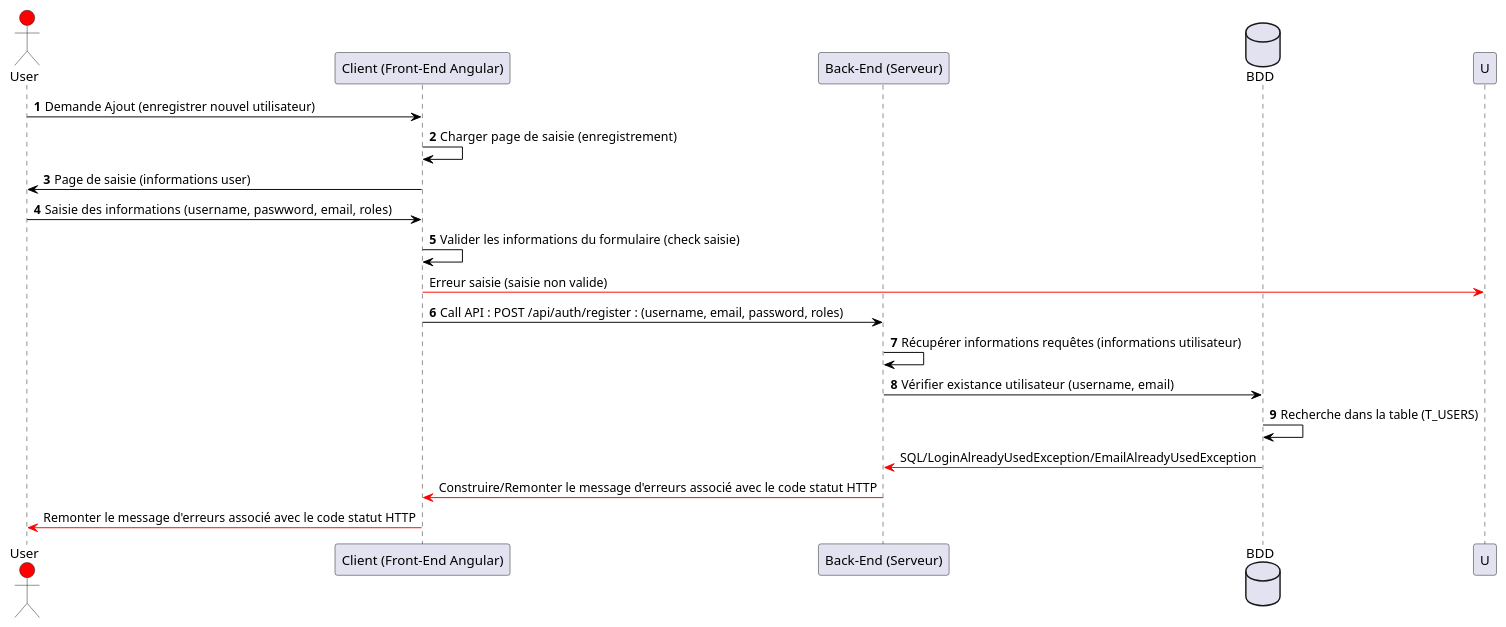
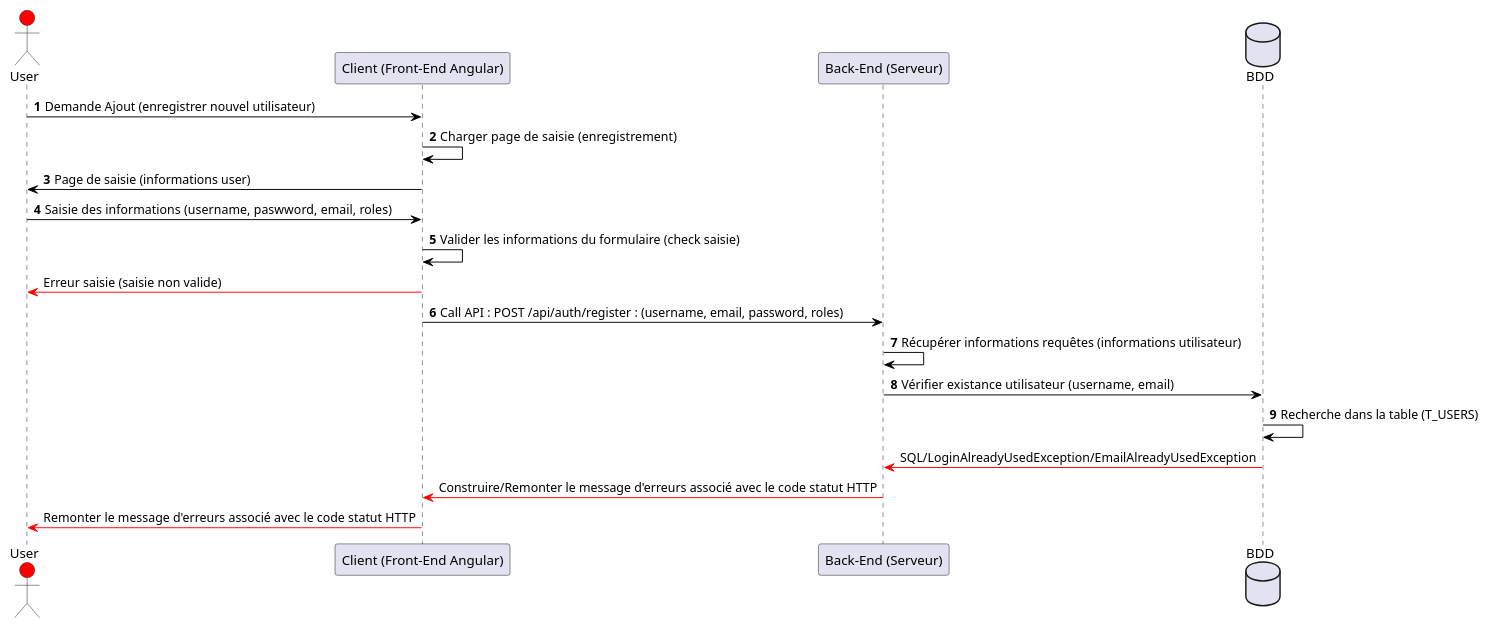
One commit to Corey-Peyton/jwt-auth-web-api-sandbox changed the first of 2 diagrams in README.md. Above: the diagram before and after it, drawn with PlantUML.

Commit message:
plantUML

````diff
--- a/README.md
+++ b/README.md
@@ -104,33 +104,30 @@
 ```plantuml
 @startuml
 ' Déclaration des participants
 actor User #red 
 participant "Client (Front-End Angular)" as A
 participant "Back-End (Serveur)" as S
 database BDD as B
 
 ' Déclaration des enchainements de séquences de traitements
 autonumber
 User -[#black]> A : Demande Ajout (enregistrer nouvel utilisateur)
 A -[#black]> A : Charger page de saisie  (enregistrement)
 A -[#black]> User : Page de saisie (informations user)
 User -[#black]> A : Saisie des informations  (username, paswword, email, roles)
 A -[#black]> A : Valider les informations du formulaire (check saisie)
 autonumber stop
-A -[#red]> U : Erreur saisie (saisie non valide)
+A -[#red]> User  : Erreur saisie (saisie non valide)
 
 autonumber 6
 A -[#black]> S : Call API : POST /api/auth/register : (username, email, password, roles)
 S -[#black]> S : Récupérer informations requêtes (informations utilisateur)
 S -[#black]> B : Vérifier existance utilisateur (username,  email)
 B -[#black]> B : Recherche dans la table (T_USERS)
 autonumber stop
 
 B -[#red]> S : SQL/LoginAlreadyUsedException/EmailAlreadyUsedException
 S -[#red]> A : Construire/Remonter le message d'erreurs associé avec le code statut HTTP
 A -[#red]> User : Remonter le message d'erreurs associé avec le code statut HTTP
-
-
-
 @enduml
 ``` 
````
